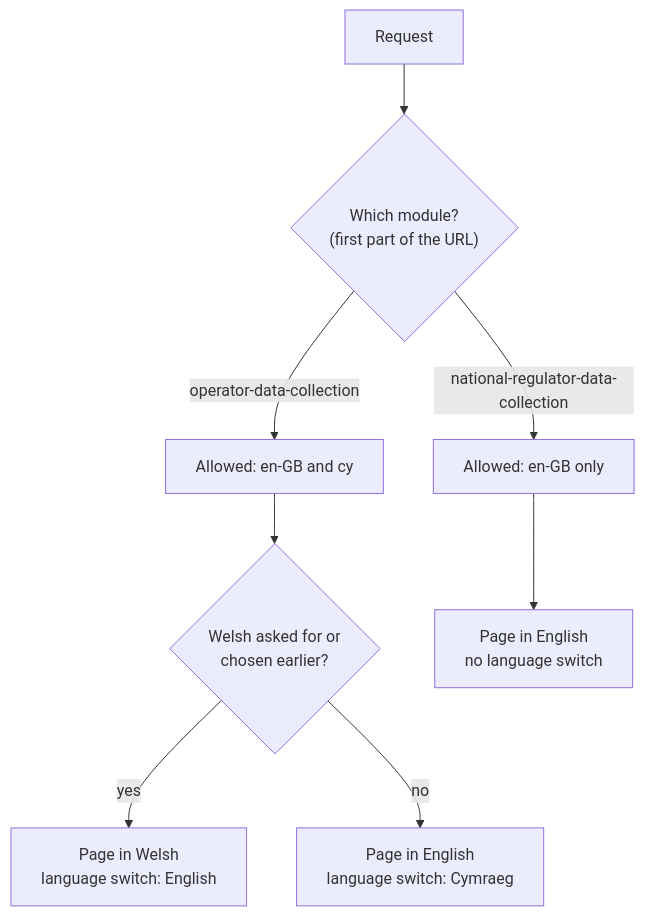
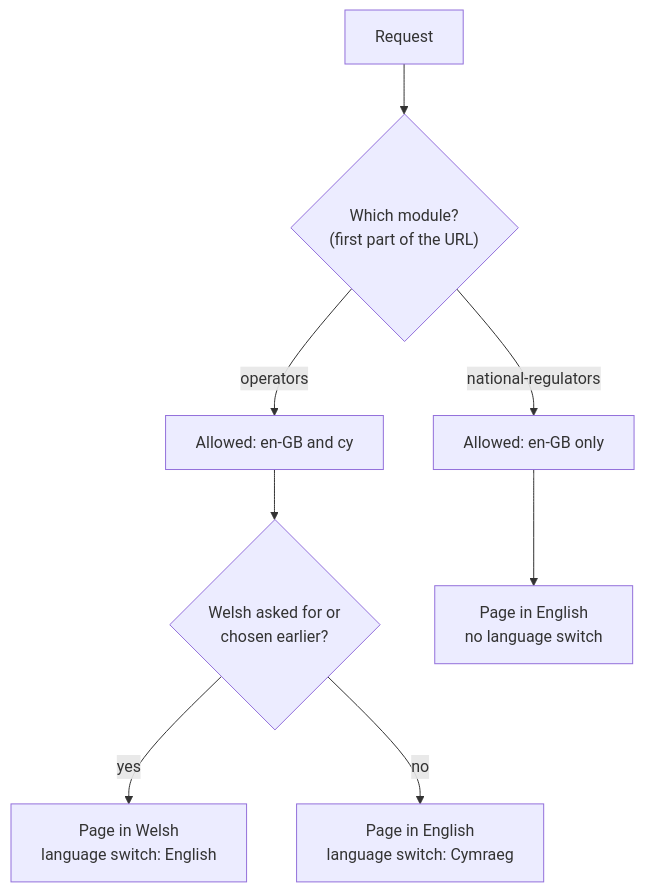
One commit to DEFRA/aqie-prtr-submissions-frontend changed the fourth of 4 diagrams in docs/architecture.md. Above: the diagram before and after it, drawn with Mermaid. The commit also changed other lines of this file and 15 other files, not shown here.

Commit message:
Implement national regulators module with routing and content

````diff
--- a/docs/architecture.md
+++ b/docs/architecture.md
@@ -277,10 +277,10 @@
 ```mermaid
 flowchart TB
   R["Request"] --> M{"Which module?<br/>(first part of the URL)"}
-  M -->|"operator-data-collection"| W["Allowed: en-GB and cy"]
-  M -->|"national-regulator-data-collection"| E["Allowed: en-GB only"]
+  M -->|"operators"| W["Allowed: en-GB and cy"]
+  M -->|"national-regulators"| E["Allowed: en-GB only"]
   W --> C{"Welsh asked for or<br/>chosen earlier?"}
   C -->|yes| CY["Page in Welsh<br/>language switch: English"]
   C -->|no| EN["Page in English<br/>language switch: Cymraeg"]
   E --> EN2["Page in English<br/>no language switch"]
 ```
````
